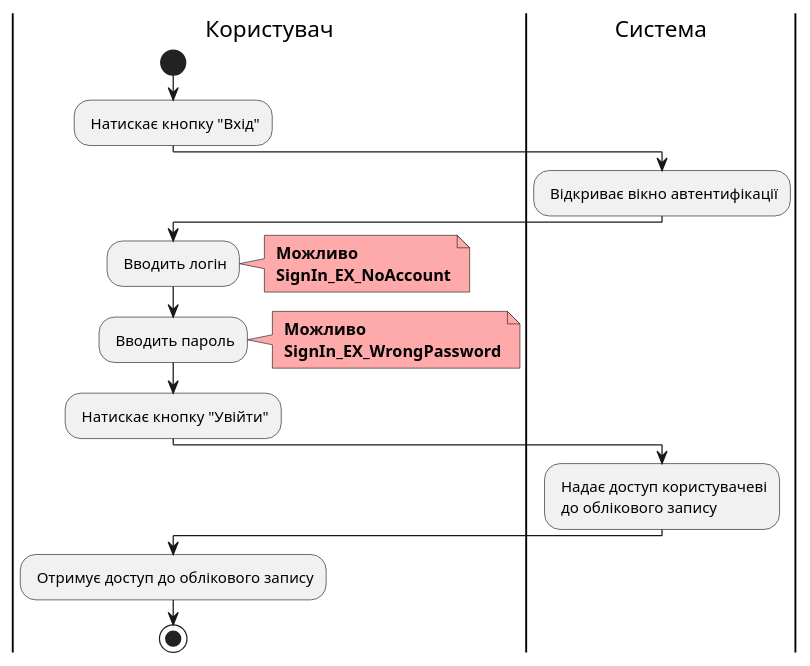
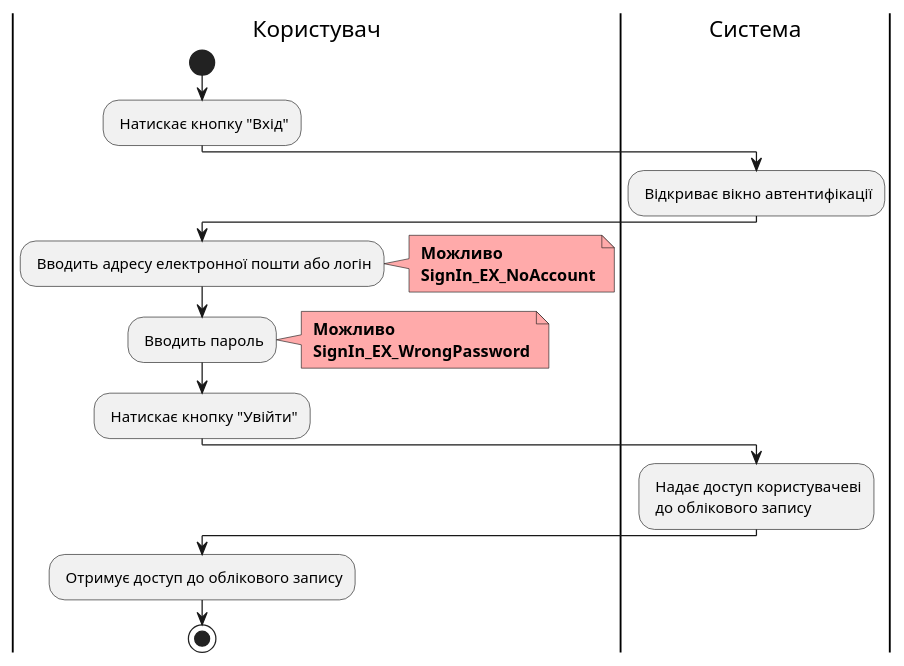
The seventh of 22 diagrams in docs/use cases/README.md (boldak/edu-db-cw), drawn with PlantUML before and after one commit. The commit also changed other lines of this file and 1 other file, not shown here.

```diff
--- a/docs/use cases/README.md
+++ b/docs/use cases/README.md
@@ -368,34 +368,34 @@
 @startuml
     
     |Користувач|
     start
     : Натискає кнопку "Вхід";
     
     |Система|
     : Відкриває вікно автентифікації;
     
     |Користувач|
-    : Вводить логін;
+    : Вводить адресу електронної пошти або логін;
     note right #ffaaaa
     <b> Можливо
     <b> SignIn_EX_NoAccount
     end note
         
     |Користувач|
     : Вводить пароль;
     note right #ffaaaa
     <b> Можливо
     <b> SignIn_EX_WrongPassword
     end note
     
     |Користувач|
     : Натискає кнопку "Увійти";
     
     |Система|
     : Надає доступ користувачеві\n до облікового запису;
     
     |Користувач|
     : Отримує доступ до облікового запису;
     stop;
     
 @enduml
```
